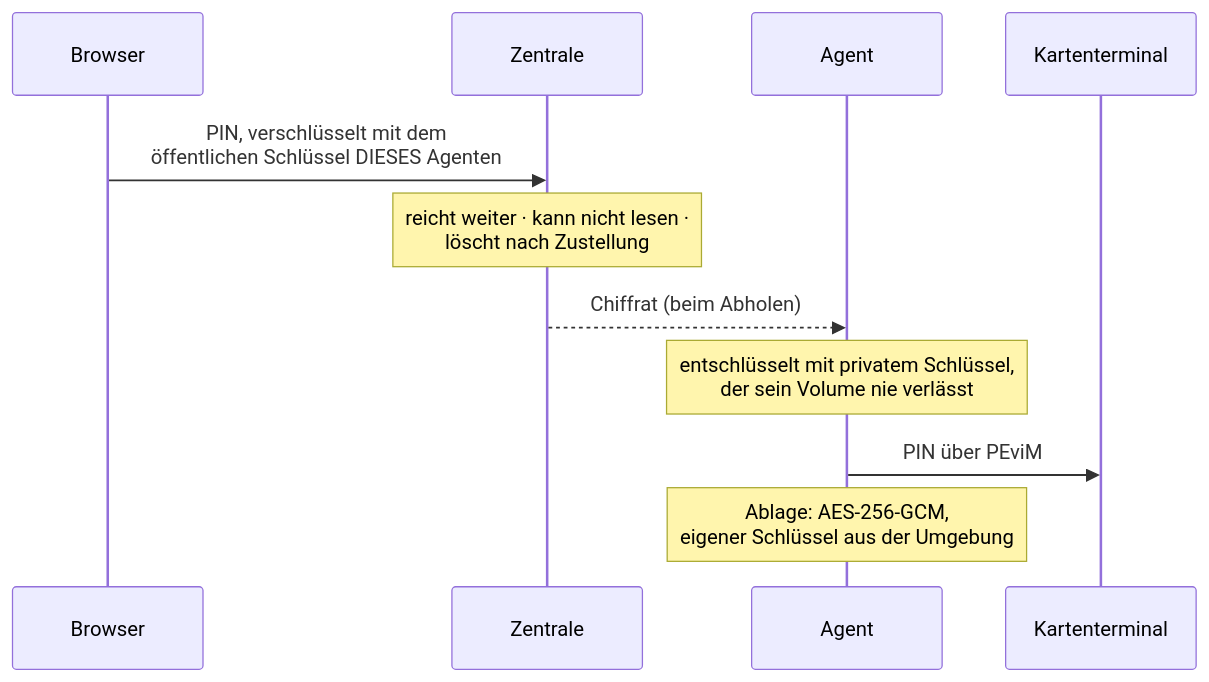
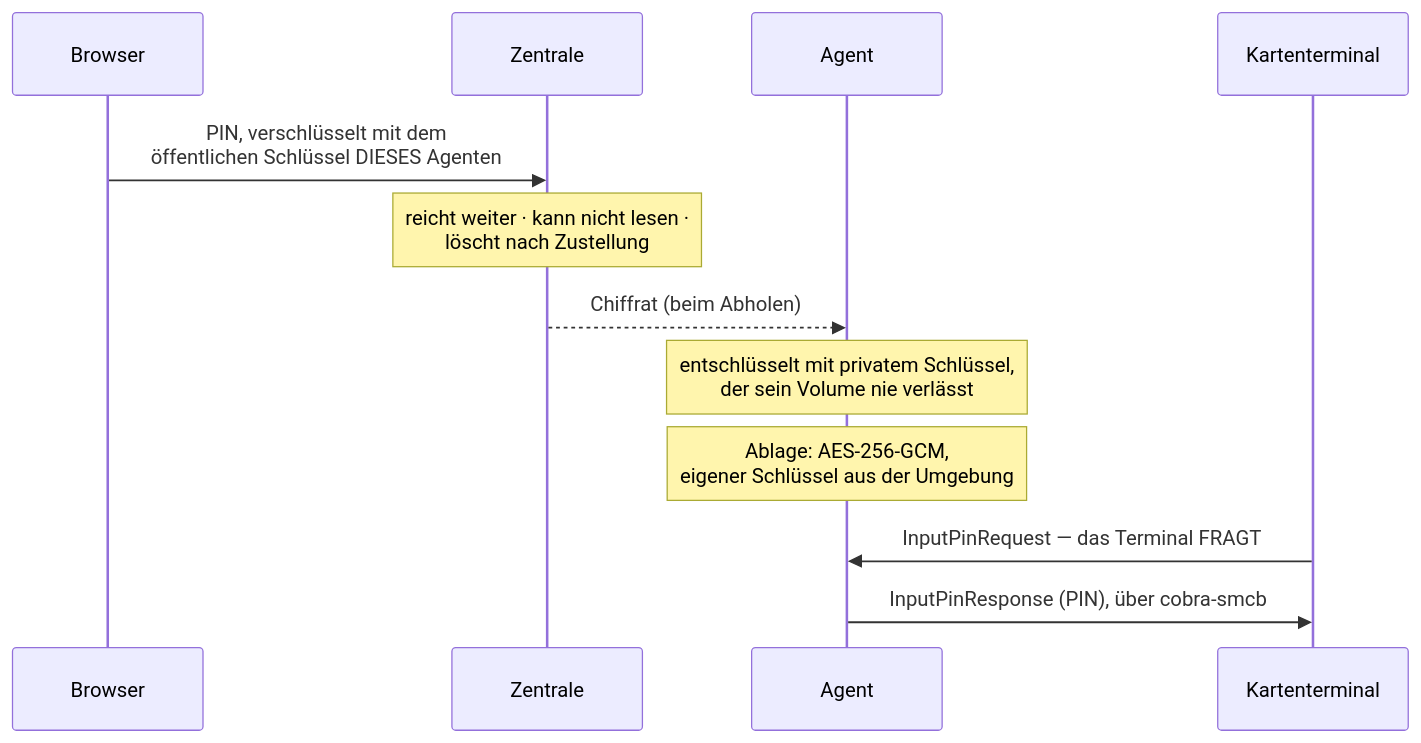
Before and after one commit to Mathi66/PIN-Roboter: the first of 2 diagrams in docs/05-sicherheit-datenschutz.md, drawn with Mermaid. The commit also changed other lines of this file and 33 other files, not shown here.

````diff
--- a/docs/05-sicherheit-datenschutz.md
+++ b/docs/05-sicherheit-datenschutz.md
@@ -125,14 +125,15 @@
 ```mermaid
 sequenceDiagram
     participant B as Browser
     participant Z as Zentrale
     participant AG as Agent
     participant KT as Kartenterminal
 
     B->>Z: PIN, verschlüsselt mit dem<br/>öffentlichen Schlüssel DIESES Agenten
     Note over Z: reicht weiter · kann nicht lesen ·<br/>löscht nach Zustellung
     Z-->>AG: Chiffrat (beim Abholen)
     Note over AG: entschlüsselt mit privatem Schlüssel,<br/>der sein Volume nie verlässt
-    AG->>KT: PIN über PEviM
     Note over AG: Ablage: AES-256-GCM,<br/>eigener Schlüssel aus der Umgebung
+    KT->>AG: InputPinRequest — das Terminal FRAGT
+    AG->>KT: InputPinResponse (PIN), über cobra-smcb
 ```
````
